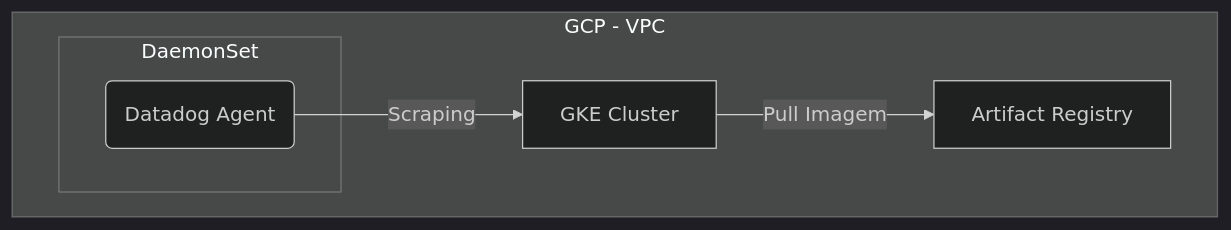
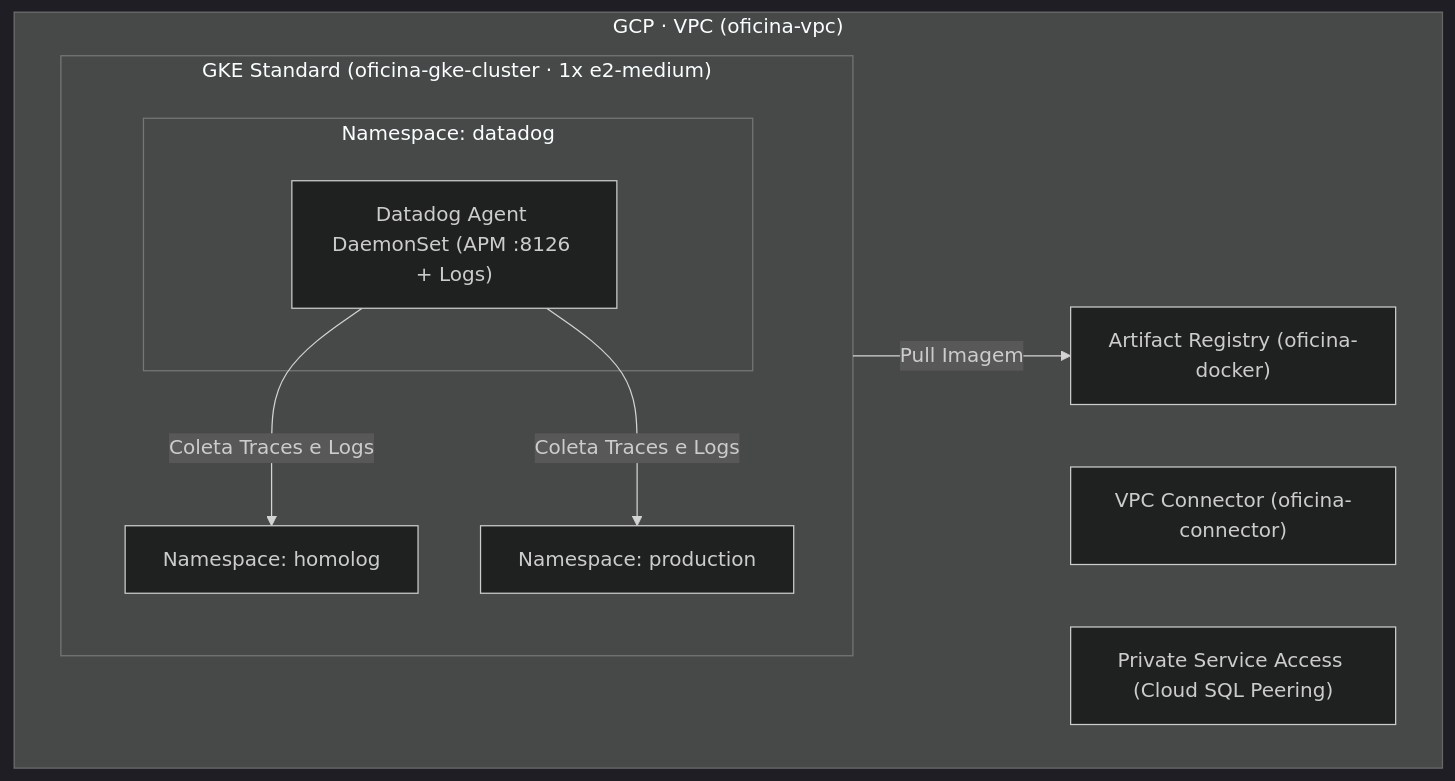
The diagram in README.md (jcontiero/oficina-k8s-infra), drawn with Mermaid (dark theme) before and after one commit. The commit also changed other lines of this file and 6 other files, not shown here.

````diff
--- a/README.md
+++ b/README.md
@@ -27,13 +61,18 @@
 ```mermaid
 flowchart TD
-    subgraph GCP [GCP - VPC]
-        GKE[GKE Cluster]
-        AR[Artifact Registry]
+    subgraph GCP["GCP · VPC (oficina-vpc)"]
+        VPC_CONN["VPC Connector (oficina-connector)"]
+        PSA["Private Service Access (Cloud SQL Peering)"]
+        AR["Artifact Registry (oficina-docker)"]
+        subgraph GKE["GKE Standard (oficina-gke-cluster · 1x e2-medium)"]
+            NS_H["Namespace: homolog"]
+            NS_P["Namespace: production"]
+            subgraph NS_DD["Namespace: datadog"]
+                DD["Datadog Agent DaemonSet (APM :8126 + Logs)"]
+            end
+        end
         GKE -->|Pull Imagem| AR
-        
-        subgraph DaemonSet
-            DD(Datadog Agent)
-        end
-        DD -->|Scraping| GKE
+        DD -->|Coleta Traces e Logs| NS_H
+        DD -->|Coleta Traces e Logs| NS_P
     end
 ```
````
